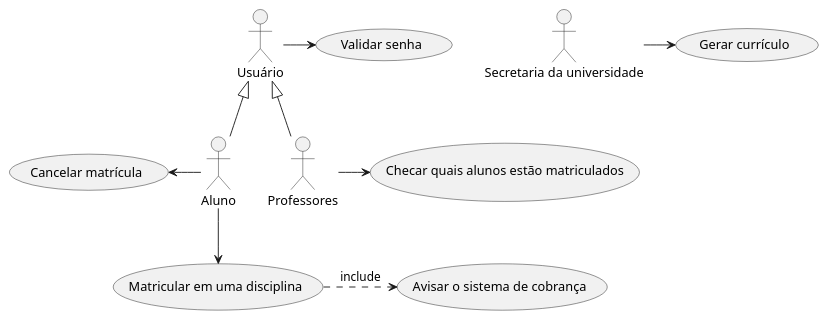
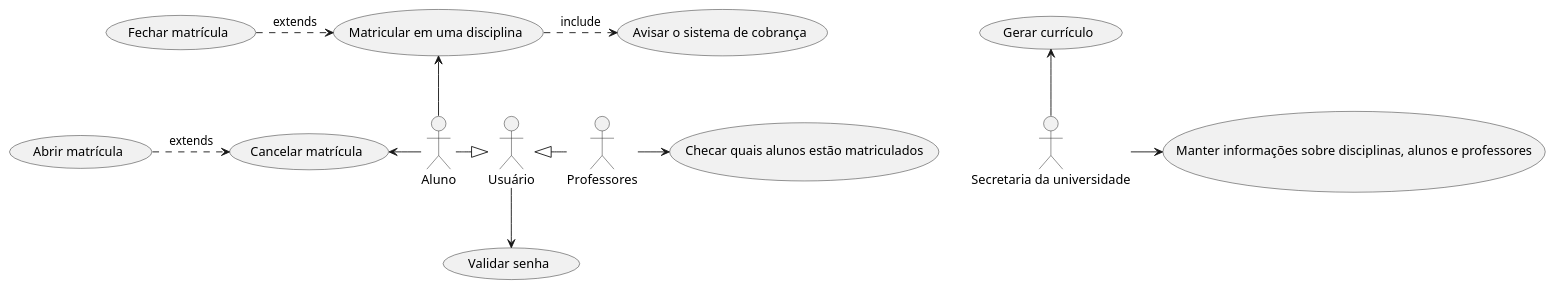
The diagram in projeto/diagramaCasoDeUso.puml (pauladefreitas/Lab01), drawn with PlantUML before and after one commit. The commit also changed 2 other files, not shown here.

```diff
--- a/projeto/diagramaCasoDeUso.puml
+++ b/projeto/diagramaCasoDeUso.puml
@@ -1,27 +1,33 @@
 @startuml
 
 "Aluno" as a
-a -down-> (UC1)
+a -up-> (UC1)
 a -left-> (UC2)
 (UC1) .> (UC6) : include
+(UC8) .> (UC1) : extends
+(UC9) .> (UC2) : extends
 
 "Secretaria da universidade" as secretaria
-secretaria -> (UC5)
+secretaria -up-> (UC5)
+secretaria -> (UC7)
 
 "Professores" as p
 p -right-> (UC3)
 
 "Usuário" as user
-user -> (UC4)
+user -down-> (UC4)
 
-user <|-- p
-user <|-- a
+user <|-right- p
+user <|-left- a
 
 "Matricular em uma disciplina" as (UC1)
 "Cancelar matrícula" as (UC2)
 "Checar quais alunos estão matriculados" as (UC3)
 "Validar senha" as (UC4)
 "Gerar currículo" as (UC5)
 "Avisar o sistema de cobrança" as (UC6)
+"Manter informações sobre disciplinas, alunos e professores" as (UC7)
+"Fechar matrícula" as (UC8)
+"Abrir matrícula" as (UC9)
 
 @enduml
```
